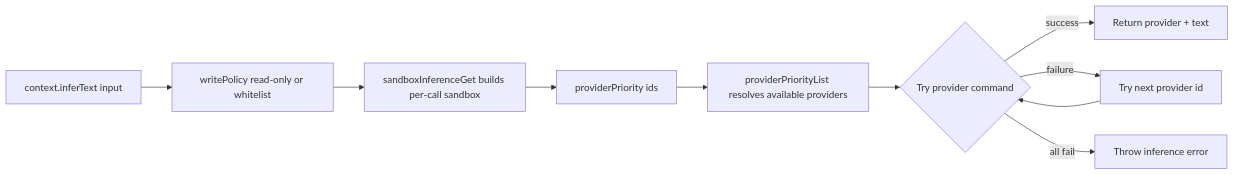
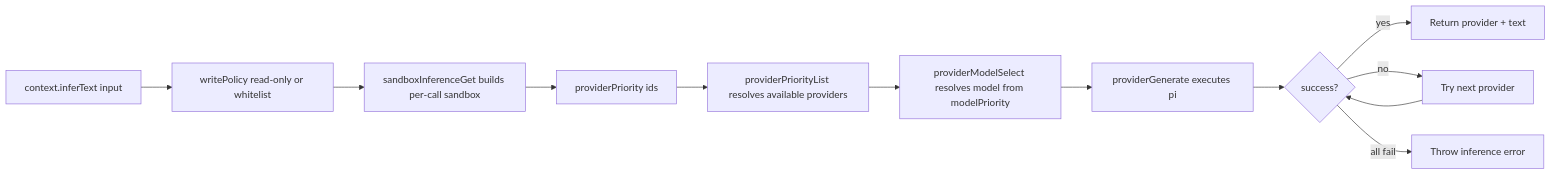
One commit to ex3ndr/holdmybeer changed the second of 2 diagrams in doc/context-inference-flow.md. Above: the diagram before and after it, drawn with Mermaid. The commit also changed other lines of this file and 11 other files, not shown here.

````diff
--- a/doc/context-inference-flow.md
+++ b/doc/context-inference-flow.md
@@ -18,12 +18,14 @@
 ```mermaid
 flowchart LR
   A[context.inferText input] --> B[writePolicy read-only or whitelist]
   B --> C[sandboxInferenceGet builds per-call sandbox]
   C --> D[providerPriority ids]
   D --> E[providerPriorityList resolves available providers]
-  E --> F{Try provider command}
-  F -->|success| G[Return provider + text]
-  F -->|failure| H[Try next provider id]
-  H --> F
-  F -->|all fail| I[Throw inference error]
+  E --> F[providerModelSelect resolves model from modelPriority]
+  F --> G[providerGenerate executes pi]
+  G --> H{success?}
+  H -->|yes| I[Return provider + text]
+  H -->|no| J[Try next provider]
+  J --> H
+  H -->|all fail| K[Throw inference error]
 ```
````
